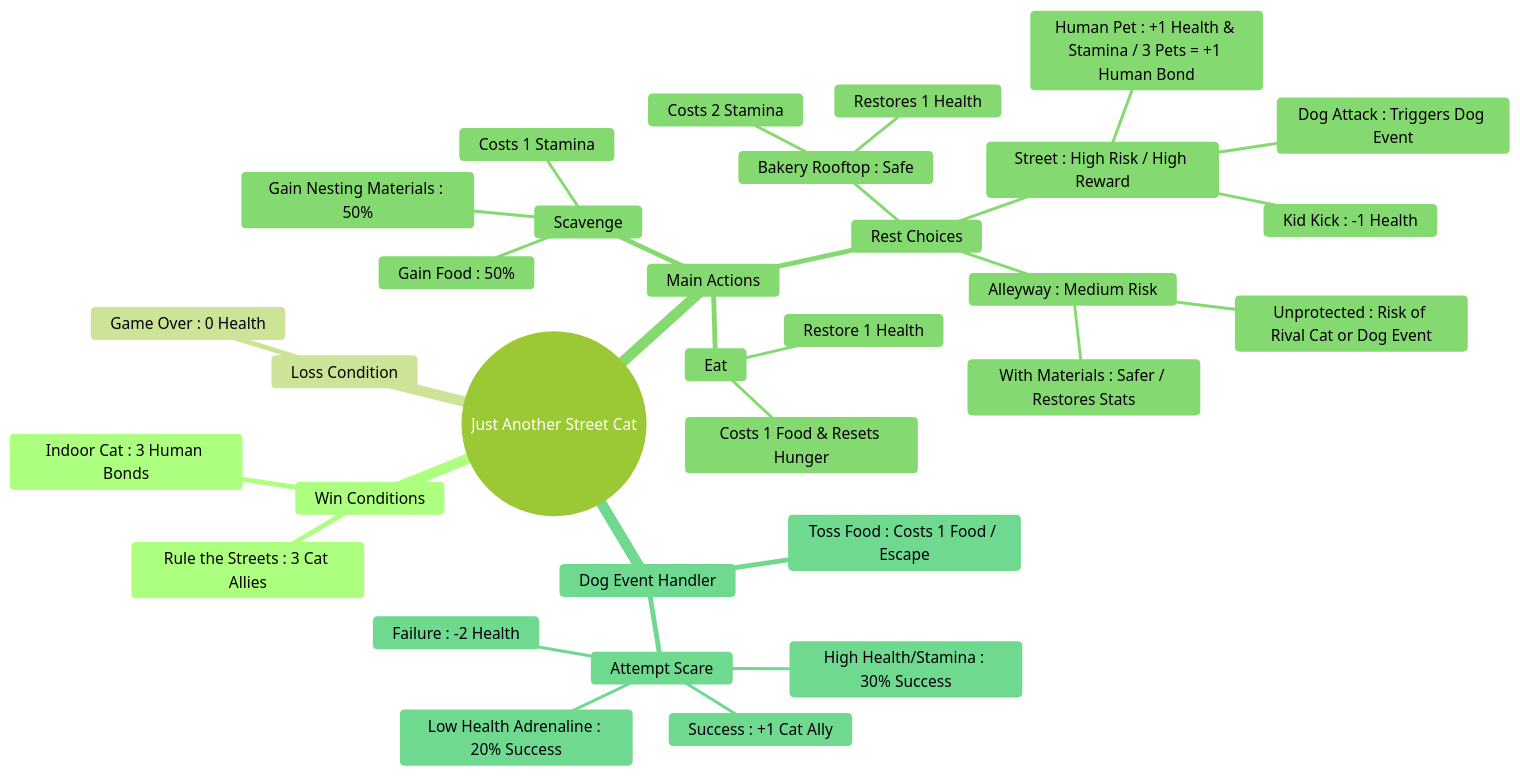
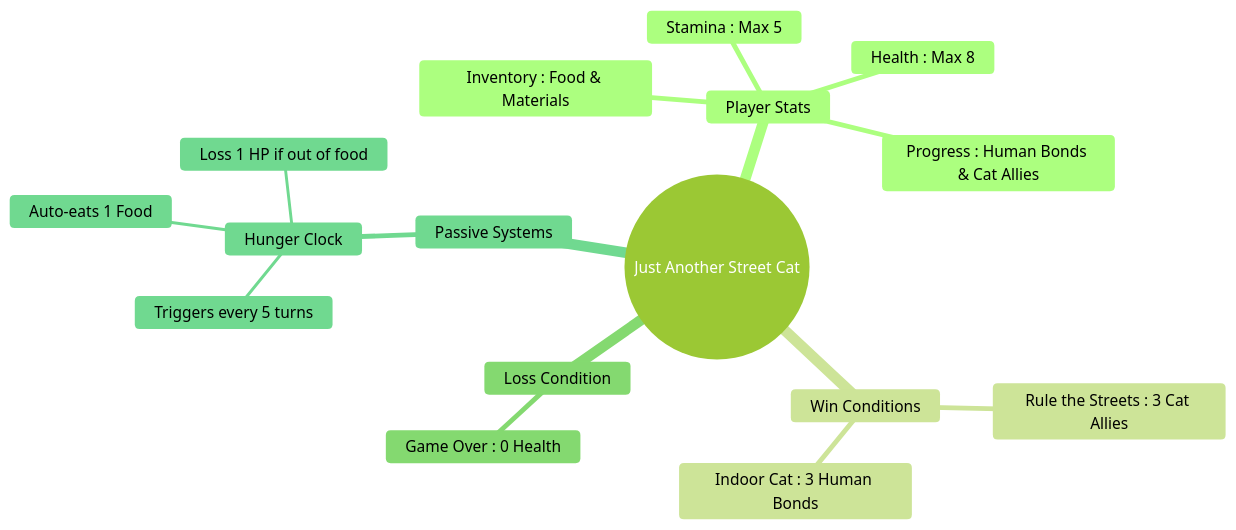
The first of 5 diagrams in README.md (shamful/Just-Another-Stray-Cat), drawn with Mermaid (forest theme) before and after one commit. The commit also changed other lines of this file, not shown here.

````diff
--- a/README.md
+++ b/README.md
@@ -7,35 +9,19 @@
 ```mermaid
 mindmap
   root((Just Another Street Cat))
+    Player Stats
+      Health : Max 8
+      Stamina : Max 5
+      Inventory : Food & Materials
+      Progress : Human Bonds & Cat Allies
     Win Conditions
       Rule the Streets : 3 Cat Allies
       Indoor Cat : 3 Human Bonds
     Loss Condition
       Game Over : 0 Health
-    Main Actions
-      Scavenge
-        Gain Food : 50%
-        Gain Nesting Materials : 50%
-        Costs 1 Stamina
-      Eat
-        Restore 1 Health
-        Costs 1 Food & Resets Hunger
-      Rest Choices
-        Street : High Risk / High Reward
-          Human Pet : +1 Health & Stamina / 3 Pets = +1 Human Bond
-          Kid Kick : -1 Health
-          Dog Attack : Triggers Dog Event
-        Alleyway : Medium Risk
-          With Materials : Safer / Restores Stats
-          Unprotected : Risk of Rival Cat or Dog Event
-        Bakery Rooftop : Safe
-          Costs 2 Stamina
-          Restores 1 Health
-    Dog Event Handler
-      Toss Food : Costs 1 Food / Escape
-      Attempt Scare
-        Low Health Adrenaline : 20% Success
-        High Health/Stamina : 30% Success
-        Success : +1 Cat Ally
-        Failure : -2 Health
+    Passive Systems
+      Hunger Clock
+        Triggers every 5 turns
+        Auto-eats 1 Food
+        Loss 1 HP if out of food
 ```
````
